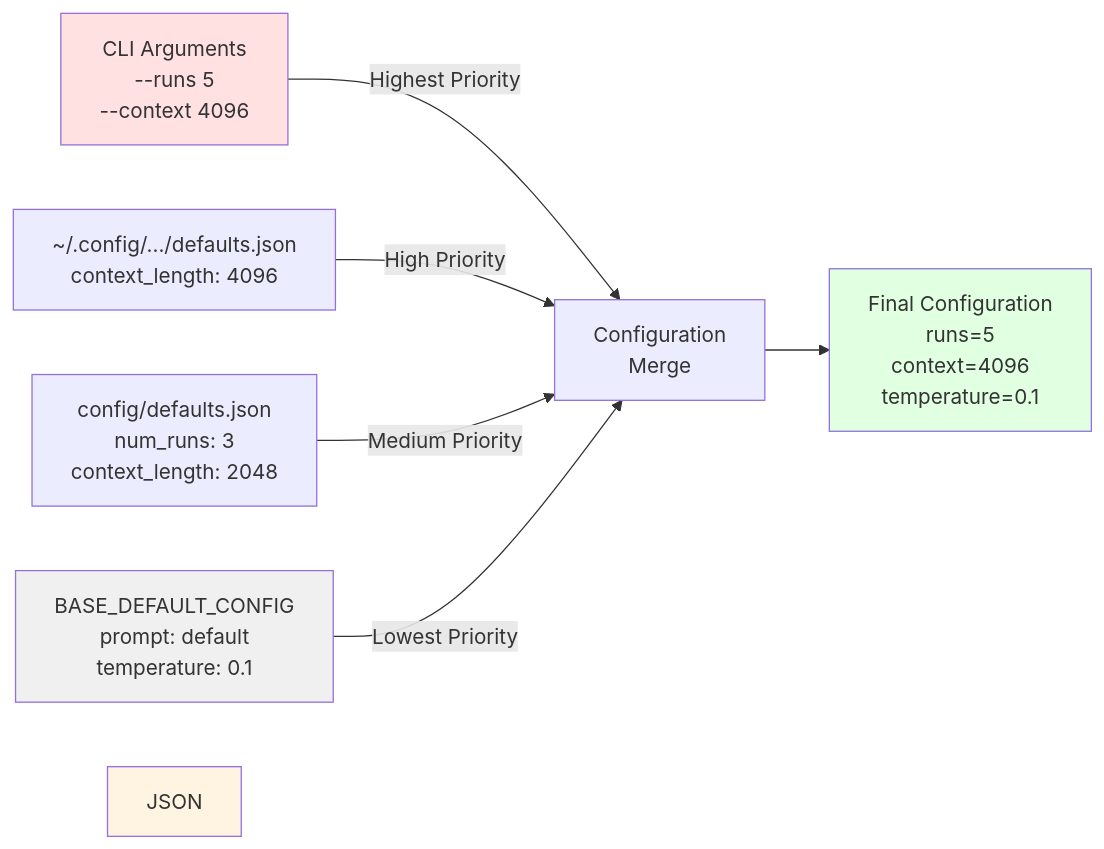
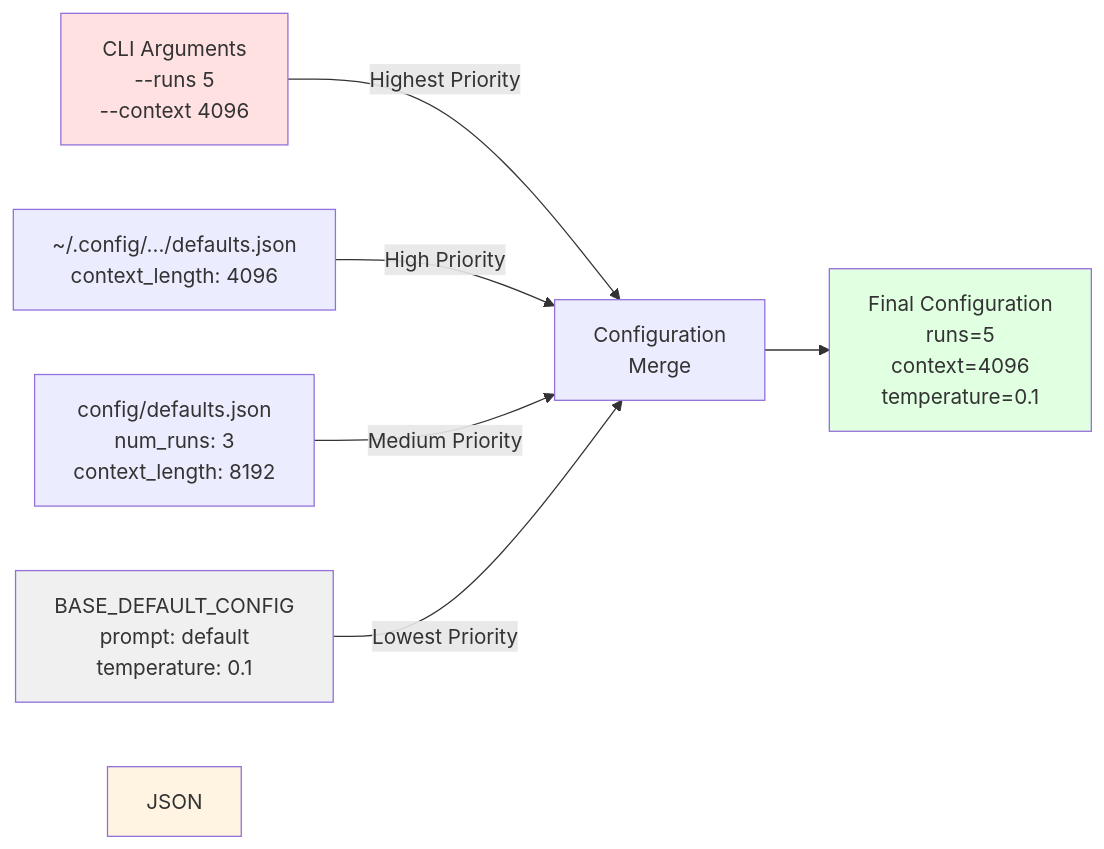
One commit to Ajimaru/LM-Studio-Bench changed the eighth of 12 diagrams in docs/ARCHITECTURE.md. Above: the diagram before and after it, drawn with Mermaid. The commit also changed other lines of this file and 94 other files, not shown here.

````diff
--- a/docs/ARCHITECTURE.md
+++ b/docs/ARCHITECTURE.md
@@ -384,16 +385,16 @@
 ```mermaid
 flowchart LR
     CLI[CLI Arguments<br/>--runs 5<br/>--context 4096] -->|Highest Priority| Merge[Configuration<br/>Merge]
 
     UserCfg[~/.config/.../defaults.json<br/>context_length: 4096] -->|High Priority| Merge
-    ProjCfg[config/defaults.json<br/>num_runs: 3<br/>context_length: 2048] -->|Medium Priority| Merge
+    ProjCfg[config/defaults.json<br/>num_runs: 3<br/>context_length: 8192] -->|Medium Priority| Merge
     
     Base[BASE_DEFAULT_CONFIG<br/>prompt: default<br/>temperature: 0.1] -->|Lowest Priority| Merge
     
     Merge --> Final[Final Configuration<br/>runs=5<br/>context=4096<br/>temperature=0.1]
     
     style CLI fill:#ffe1e1
     style JSON fill:#fff4e1
     style Base fill:#f0f0f0
     style Final fill:#e1ffe1
 ```
````
